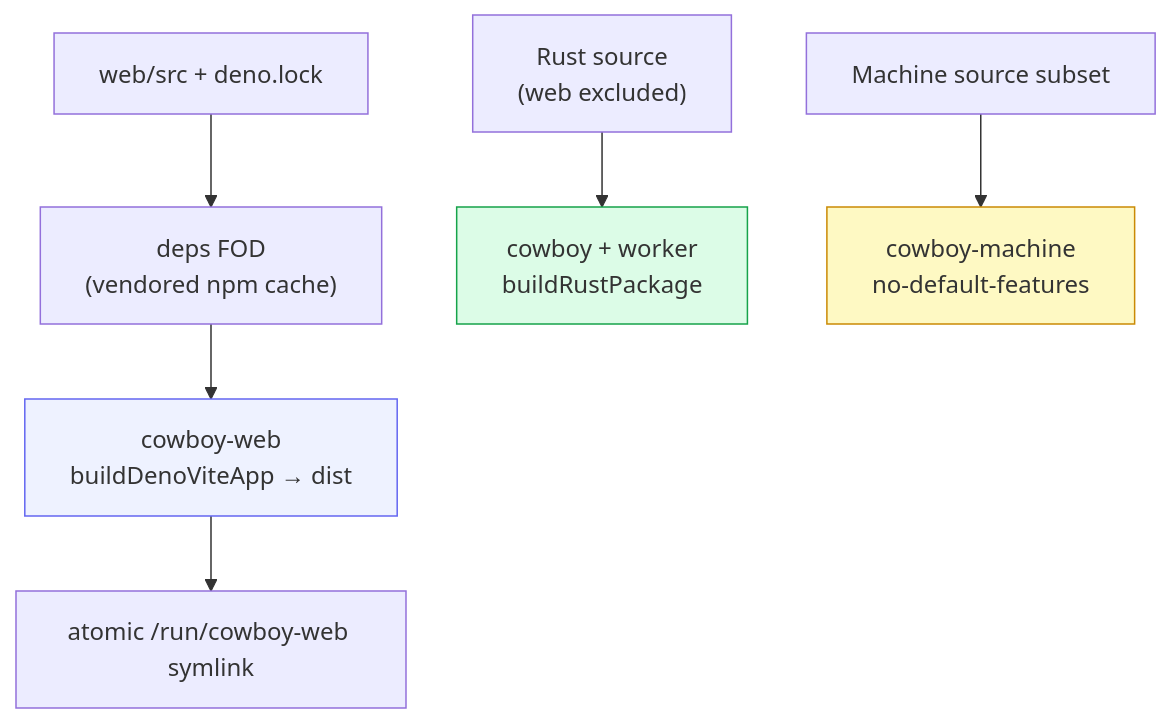
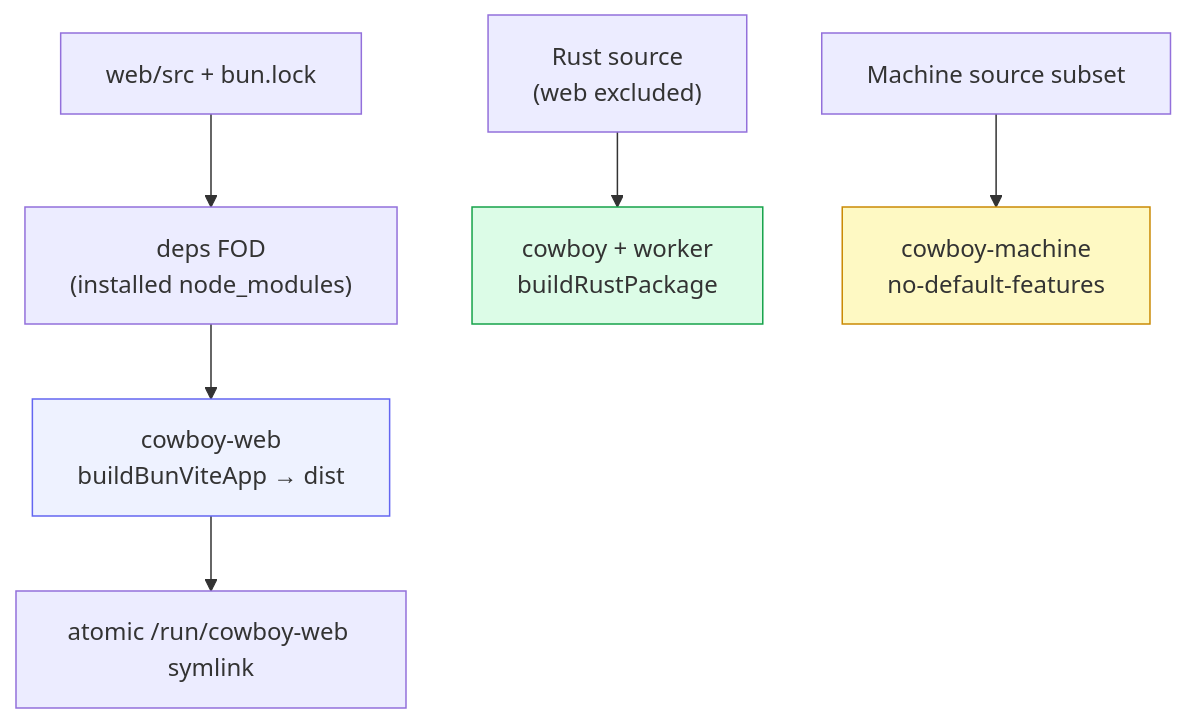
Before and after one commit to dravengarden/cowboy: the diagram in docs/architecture/10-deploy-build.md, drawn with Mermaid. The commit also changed other lines of this file and 460 other files, not shown here.

First line of the commit message:
build!: move the JavaScript toolchain and Plugin runtime from Deno to Bun

````diff
--- a/docs/architecture/10-deploy-build.md
+++ b/docs/architecture/10-deploy-build.md
@@ -9,12 +9,12 @@
 ```mermaid
 flowchart TB
-    SRC["web/src + deno.lock"] --> DEPS["deps FOD<br/>(vendored npm cache)"]
-    DEPS --> WEB["cowboy-web<br/>buildDenoViteApp → dist"]
+    SRC["web/src + bun.lock"] --> DEPS["deps FOD<br/>(installed node_modules)"]
+    DEPS --> WEB["cowboy-web<br/>buildBunViteApp → dist"]
     RS["Rust source<br/>(web excluded)"] --> BIN["cowboy + worker<br/>buildRustPackage"]
     MS["Machine source subset"] --> MH["cowboy-machine<br/>no-default-features"]
     WEB --> LINK["atomic /run/cowboy-web symlink"]
 
     style WEB fill:#eef2ff,stroke:#6366f1
     style BIN fill:#dcfce7,stroke:#16a34a
     style MH fill:#fef9c3,stroke:#ca8a04
 ```
````
